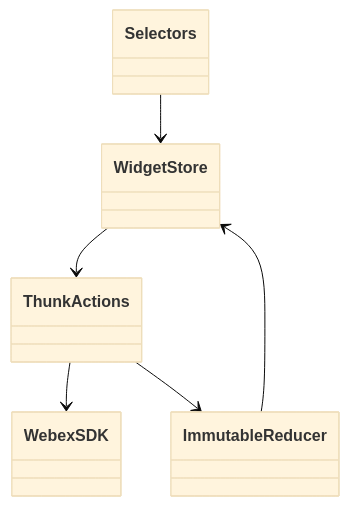
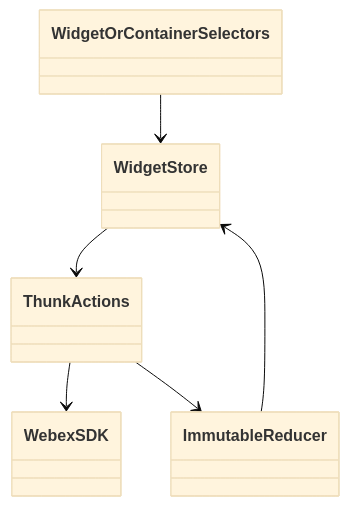
One commit to webex/react-widgets changed the third of 4 diagrams in ai-docs/modules/state-management-spec.md. Above: the diagram before and after it, drawn with Mermaid (base theme). The commit also changed other lines of this file and 5 other files, not shown here.

````diff
--- a/ai-docs/modules/state-management-spec.md
+++ b/ai-docs/modules/state-management-spec.md
@@ -151,13 +150,13 @@
 ```mermaid
 classDiagram
   class WidgetStore
   class ThunkActions
   class ImmutableReducer
-  class Selectors
+  class WidgetOrContainerSelectors
   class WebexSDK
   WidgetStore --> ThunkActions
   ThunkActions --> WebexSDK
   ThunkActions --> ImmutableReducer
   ImmutableReducer --> WidgetStore
-  Selectors --> WidgetStore
+  WidgetOrContainerSelectors --> WidgetStore
 ```
````
